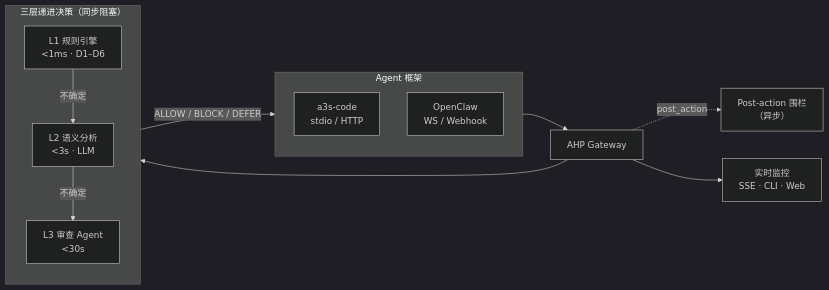
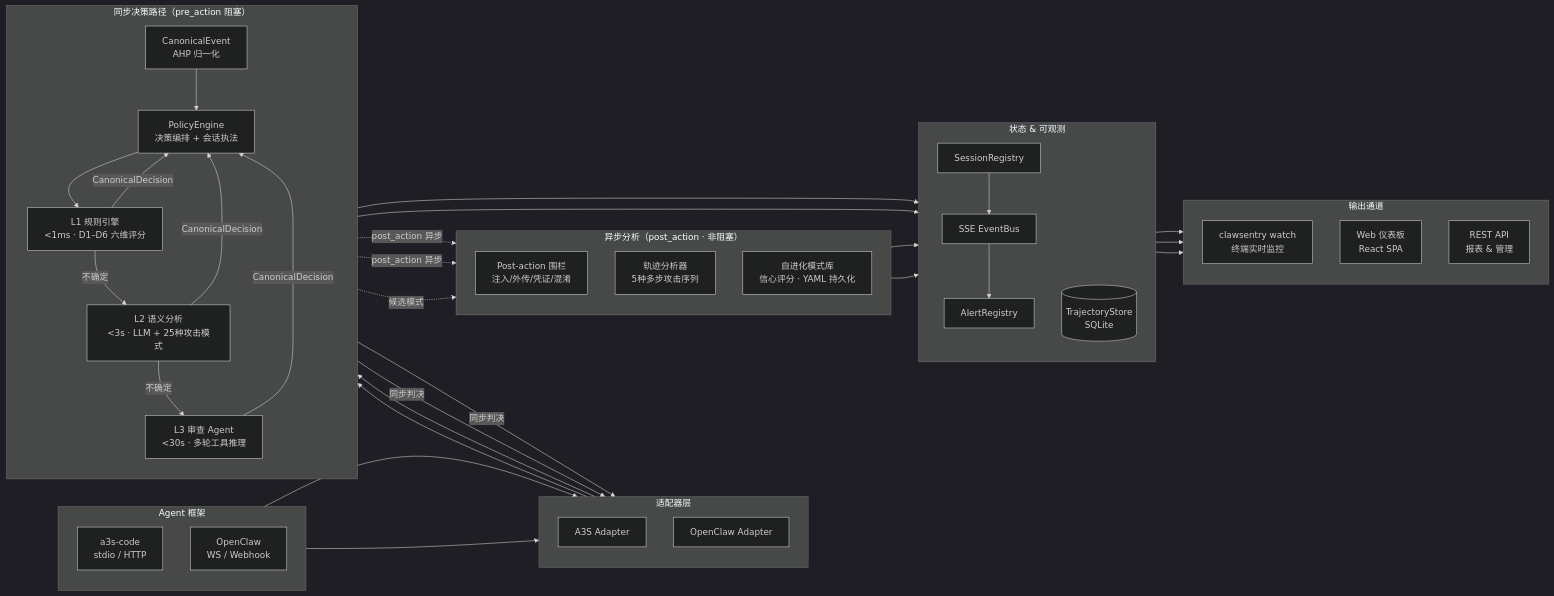
One commit to AI45Lab/ClawSentry changed the diagram in site-docs/index.md. Above: the diagram before and after it, drawn with Mermaid (dark theme). The commit also changed other lines of this file, not shown here.

Commit message:
docs: restore full architecture mermaid with improved layout

````diff
--- a/site-docs/index.md
+++ b/site-docs/index.md
@@ -116,22 +116,65 @@
 ```mermaid
 flowchart LR
     subgraph fw["Agent 框架"]
+        direction TB
         A3S["a3s-code\nstdio / HTTP"]
         OC["OpenClaw\nWS / Webhook"]
     end
 
-    GW["AHP Gateway"]
-
-    subgraph dec["三层递进决策（同步阻塞）"]
-        L1["L1 规则引擎\n&lt;1ms · D1–D6"] -->|不确定| L2["L2 语义分析\n&lt;3s · LLM"] -->|不确定| L3["L3 审查 Agent\n&lt;30s"]
+    subgraph gw["适配器层"]
+        direction TB
+        A3SA["A3S Adapter"]
+        OCA["OpenClaw Adapter"]
     end
 
-    PA["Post-action 围栏\n（异步）"]
-    OBS["实时监控\nSSE · CLI · Web"]
+    subgraph sync["同步决策路径（pre_action 阻塞）"]
+        direction TB
+        CE["CanonicalEvent\nAHP 归一化"]
+        PE["PolicyEngine\n决策编排 + 会话执法"]
+        L1["L1 规则引擎\n&lt;1ms · D1–D6 六维评分"]
+        L2["L2 语义分析\n&lt;3s · LLM + 25种攻击模式"]
+        L3["L3 审查 Agent\n&lt;30s · 多轮工具推理"]
+        CE --> PE --> L1
+        L1 -->|"不确定"| L2
+        L2 -->|"不确定"| L3
+        L1 & L2 & L3 -->|"CanonicalDecision"| PE
+    end
 
-    fw --> GW
-    GW --> dec
-    dec -->|"ALLOW / BLOCK / DEFER"| fw
-    GW -.->|"post_action"| PA
-    GW --> OBS
+    subgraph async["异步分析（post_action · 非阻塞）"]
+        direction TB
+        PA["Post-action 围栏\n注入/外传/凭证/混淆"]
+        TA["轨迹分析器\n5种多步攻击序列"]
+        PEV["自进化模式库\n信心评分 · YAML 持久化"]
+    end
+
+    subgraph obs["状态 & 可观测"]
+        direction TB
+        SR["SessionRegistry"]
+        EB["SSE EventBus"]
+        AR["AlertRegistry"]
+        DB[("TrajectoryStore\nSQLite")]
+    end
+
+    subgraph out["输出通道"]
+        direction TB
+        CLI["clawsentry watch\n终端实时监控"]
+        WEB["Web 仪表板\nReact SPA"]
+        API["REST API\n报表 & 管理"]
+    end
+
+    A3S --> A3SA
+    OC --> OCA
+    A3SA & OCA --> CE
+    PE -->|"同步判决"| A3SA & OCA
+
+    CE -.->|"post_action 异步"| PA & TA
+    L2 -.->|"候选模式"| PEV
+    L3 --> DB
+
+    PE --> SR
+    PA & TA --> EB
+    SR --> EB
+    EB --> AR
+    EB --> CLI & WEB
+    AR --> API
 ```
````
